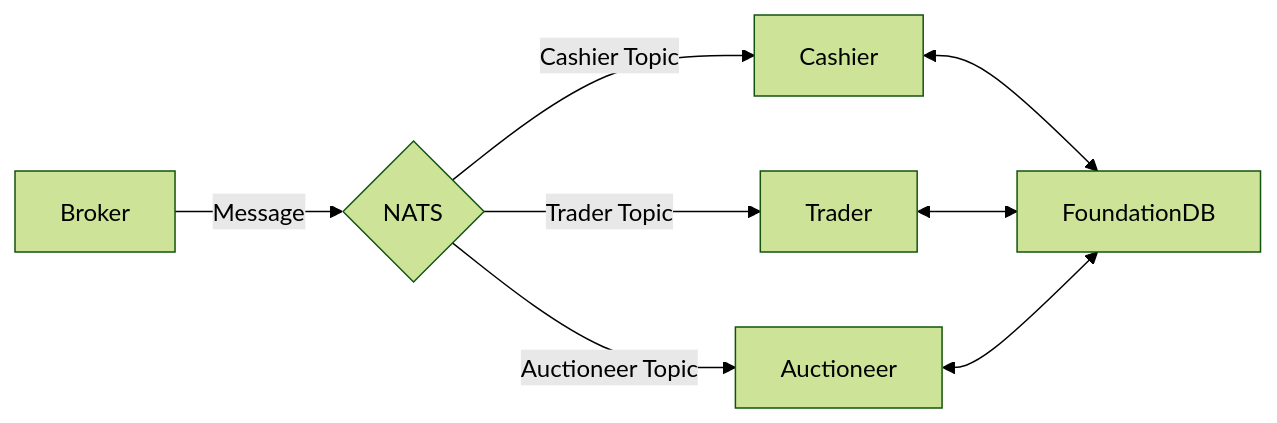
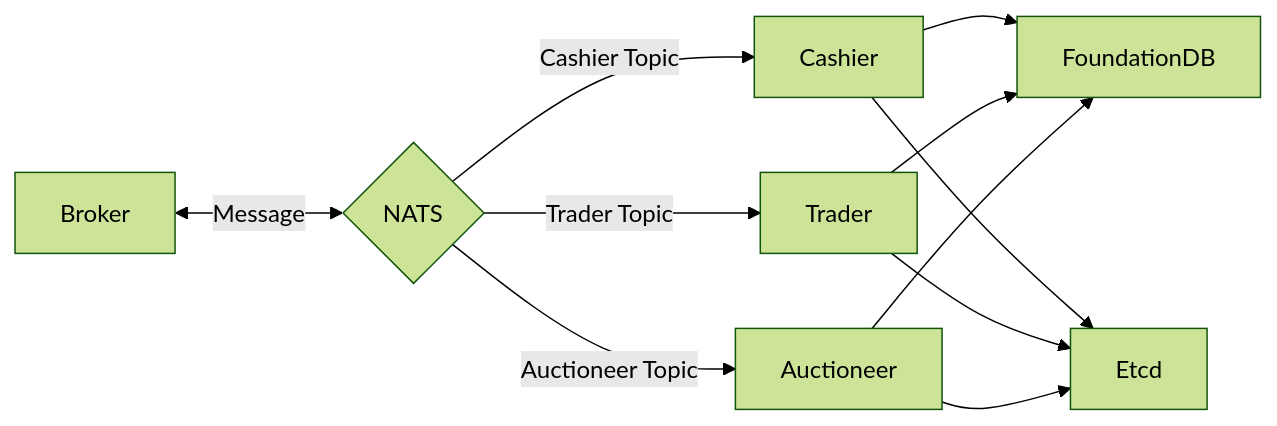
The diagram in README.md (flinkcoin/mono), drawn with Mermaid (forest theme) before and after one commit.

````diff
--- a/README.md
+++ b/README.md
@@ -7,12 +7,16 @@
 ```mermaid
 graph LR
-    A[Broker] -->|Message| B{NATS}
+    A[Broker]<-->|Message| B{NATS}
     B -->|Cashier Topic| D[Cashier]
     B -->|Trader Topic| E[Trader]
     B -->|Auctioneer Topic| F[Auctioneer]
     FDB[FoundationDB]
-    D<-->FDB
-    E<-->FDB
-    F<-->FDB
+    D-->FDB
+    E-->FDB
+    F-->FDB
+    ETC[Etcd]
+    D-->ETC
+    E-->ETC
+    F-->ETC
   
 ```
````
